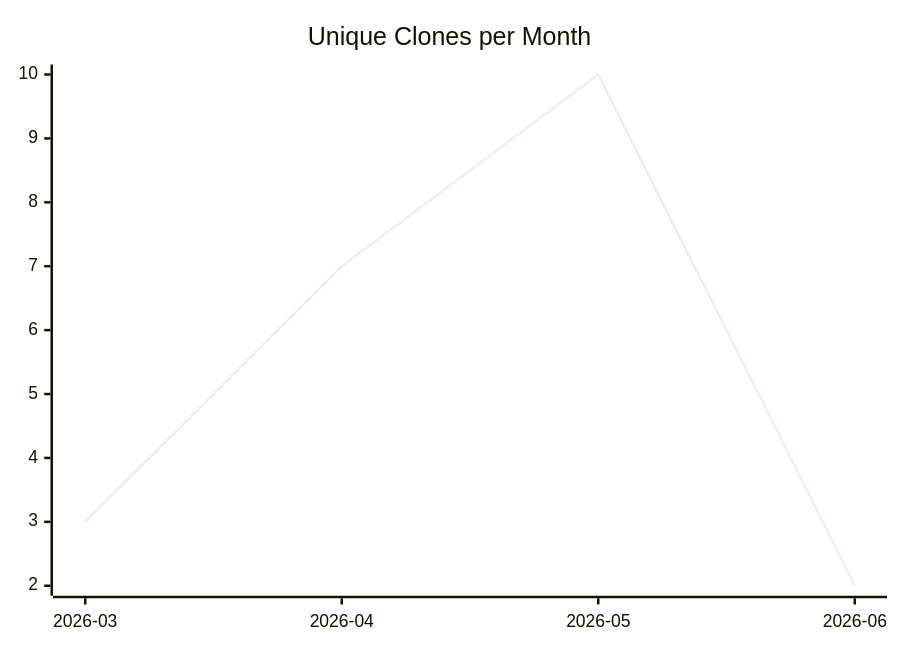
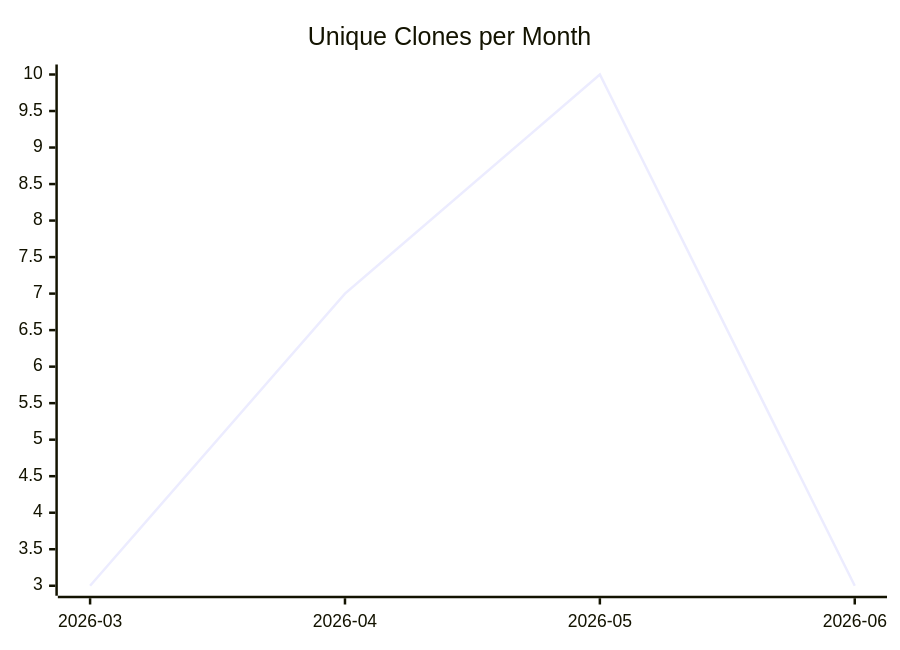
Before and after one commit to justdavis-family/github-analytics-data: the third of 3 diagrams in karlmdavis/test-repo-for-move/README.md, drawn with Mermaid. The commit also changed other lines of this file and 195 other files, not shown here.

````diff
--- a/karlmdavis/test-repo-for-move/README.md
+++ b/karlmdavis/test-repo-for-move/README.md
@@ -19,6 +19,6 @@
 ```mermaid
 xychart-beta
   title "Unique Clones per Month"
   x-axis ["2026-03", "2026-04", "2026-05", "2026-06"]
-  line [3, 7, 10, 2]
+  line [3, 7, 10, 3]
 ```
````
